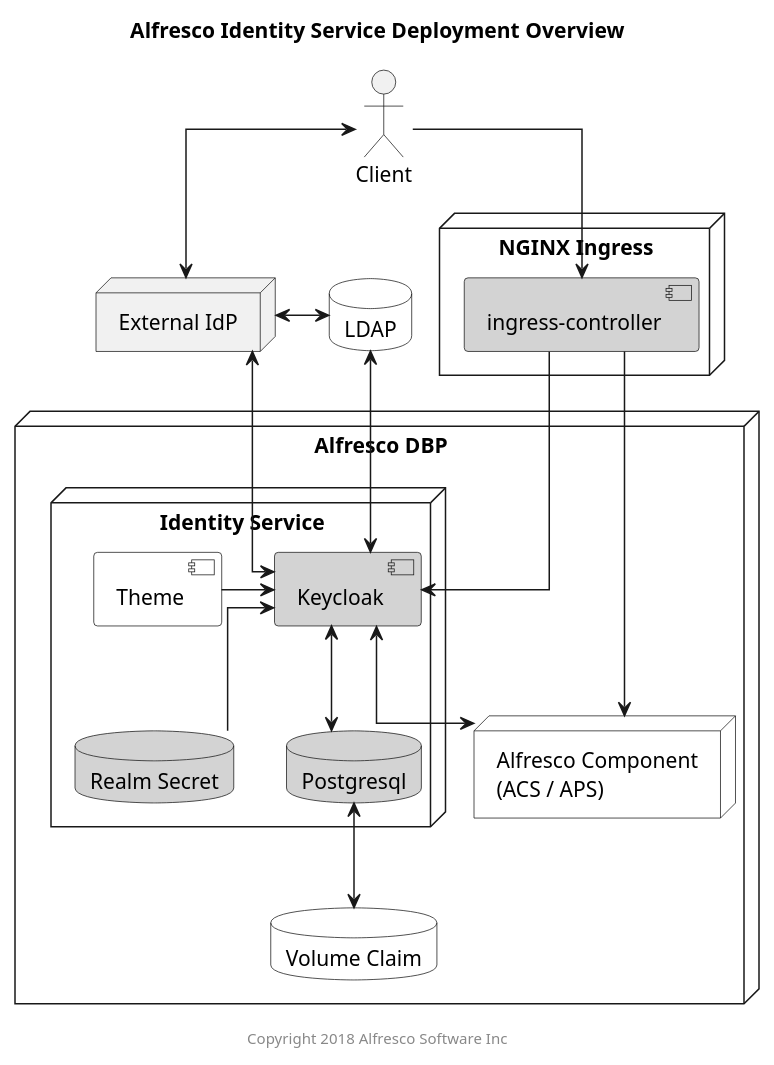
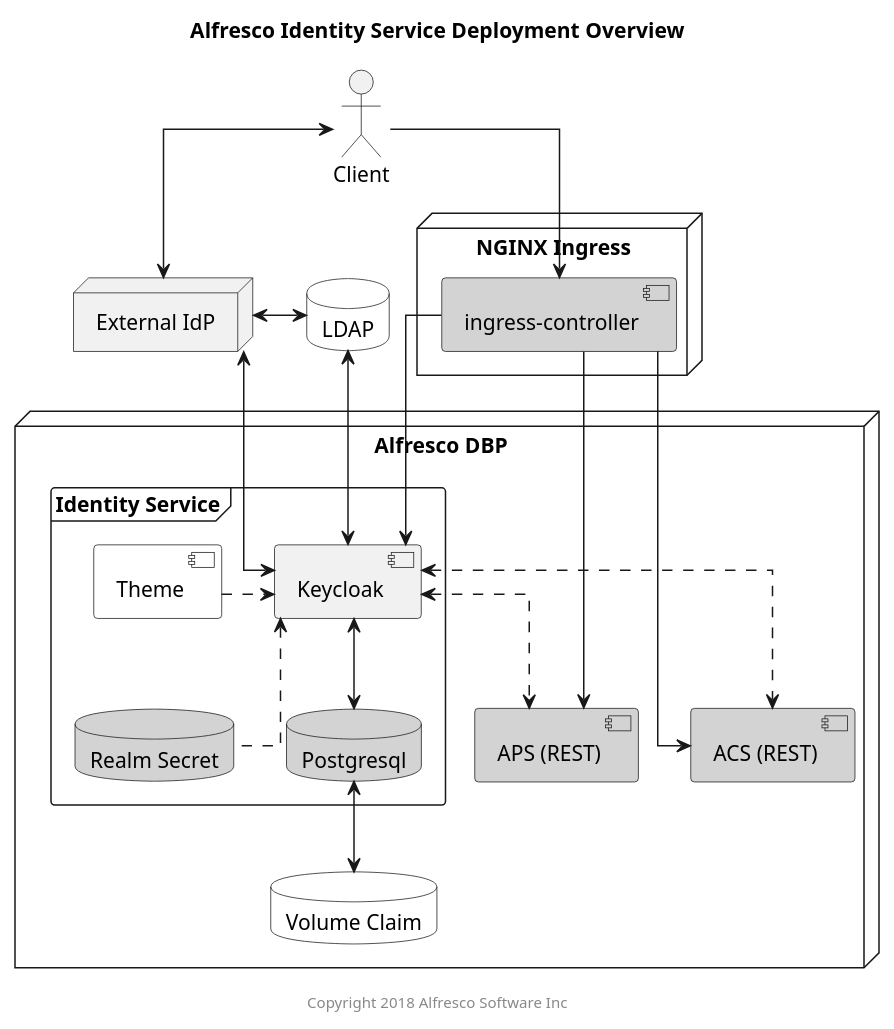
One commit to Alfresco/alfresco-identity-service changed the diagram in docs/resource/component/identity-service-deployment.puml. Above: the diagram before and after it, drawn with PlantUML.

Commit message:
AUTH-229: Identity Service Architectural Documentation
- Initial architectural README

```diff
--- a/docs/resource/component/identity-service-deployment.puml
+++ b/docs/resource/component/identity-service-deployment.puml
@@ -1,56 +1,60 @@
 @startuml
 
 Title: Alfresco Identity Service Deployment Overview
 
 skinparam componentStyle uml2
 skinparam linetype ortho
 skinparam rectangle {
     BorderStyle dashed
     FontSize 15
     FontStyle none
 }
 
 actor "Client" as CLIENT
 
 node "NGINX Ingress" {
     component "ingress-controller" as NGINX #lightgrey
 }
 
 database LDAP #white
 
 node "External IdP" as EXT {
 }
 
 node "Alfresco DBP" {
-    node "Identity Service" as AIS {
+    frame "Identity Service" as AIS {
         component "Theme" as THEME #white
-        component "Keycloak" as KEY #lightgrey
+        component "Keycloak" as KEY
         database "Realm Secret" as SEC #lightgrey
         database "Postgresql" as PSQL #lightgrey
     }
-    node "Alfresco Component\n(ACS / APS)" as AC #white
+    
+        component "APS (REST)" as APS #lightgrey
+        component "ACS (REST)" as ACS #lightgrey
+        
     database "Volume Claim" as VOL #white
 }
-
 
 EXT <-> LDAP
 LDAP <--> KEY
 
 CLIENT --> NGINX
 CLIENT <-> EXT
 
-NGINX --> AC
+NGINX --> APS
+NGINX --> ACS
 NGINX --> KEY
 
-THEME -> KEY
-KEY <-- SEC
+THEME .> KEY
+KEY <.. SEC
 EXT <--> KEY
 KEY <--> PSQL
 
-KEY <--> AC
+KEY <..> ACS
+KEY <..> APS
 
 PSQL <--> VOL
 
 center footer Copyright 2018 Alfresco Software Inc
 
 @enduml
```
